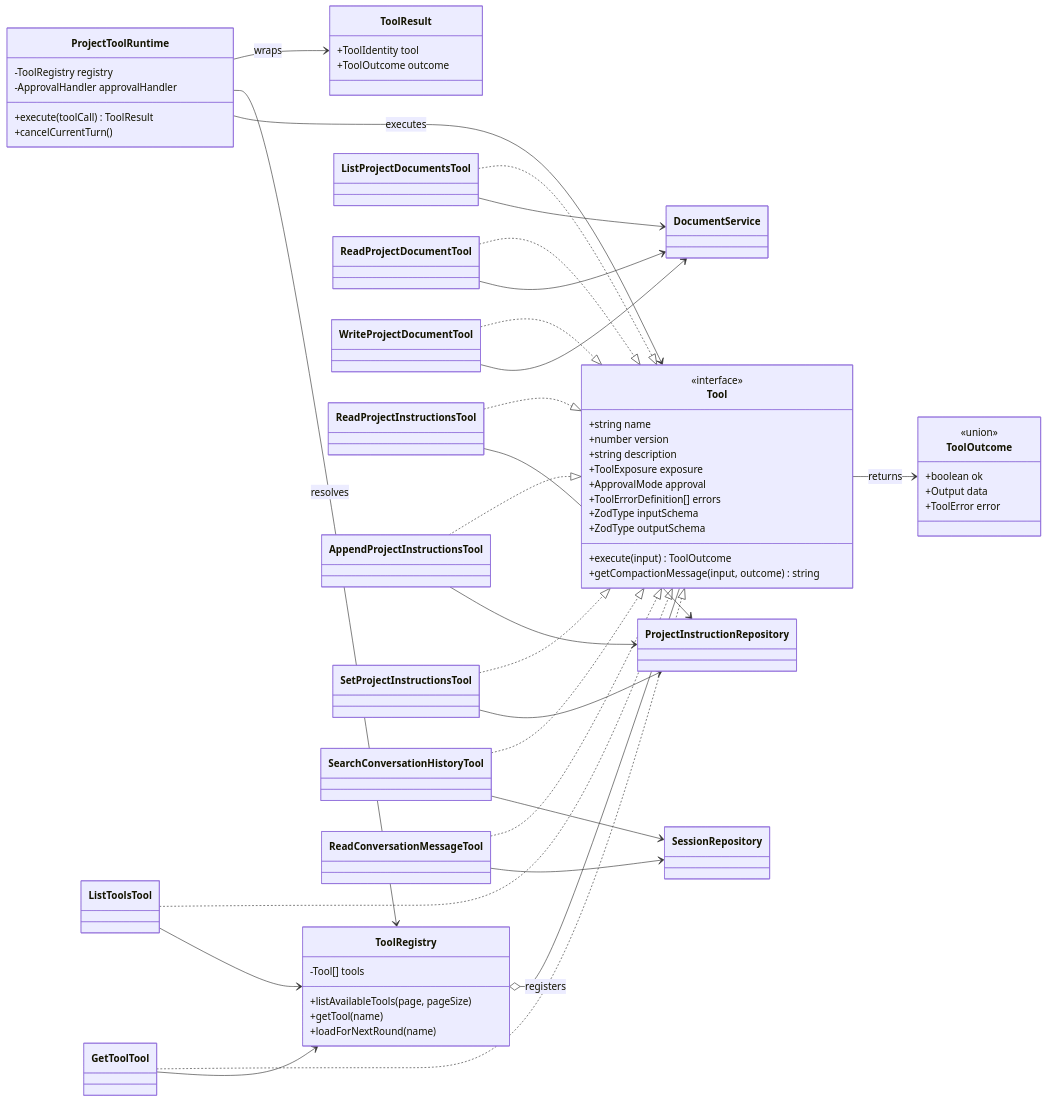
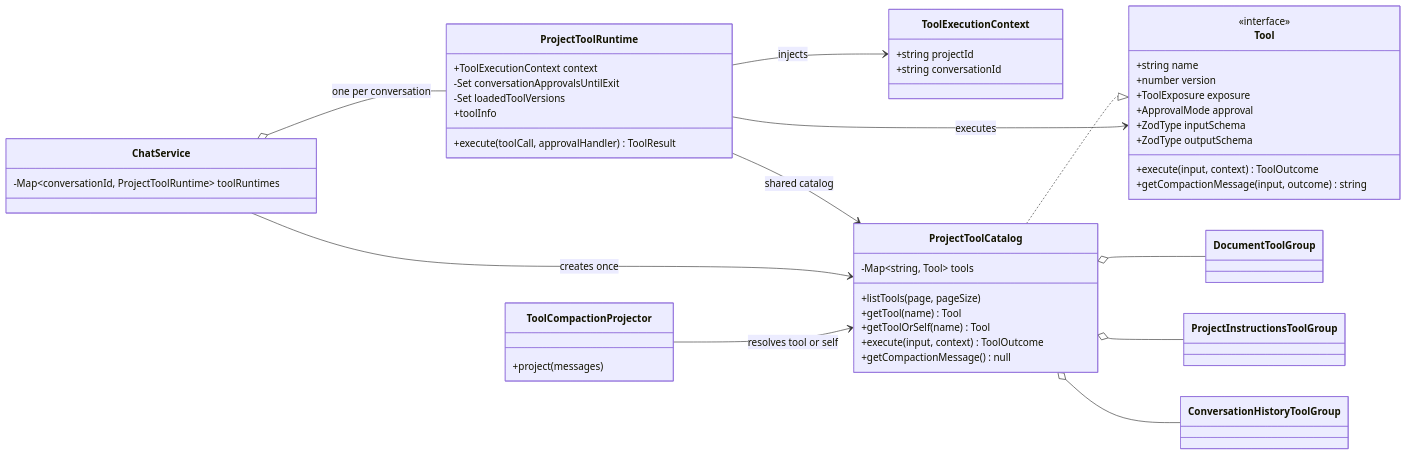
One commit to Mengman/CleoDoc changed the diagram in docs/TOOL_CALL_DESIGN.md. Above: the diagram before and after it, drawn with Mermaid. The commit also changed other lines of this file and 3 other files, not shown here.

Commit message:
docs: design project tool catalog runtime

````diff
--- a/docs/TOOL_CALL_DESIGN.md
+++ b/docs/TOOL_CALL_DESIGN.md
@@ -681,85 +943,56 @@
         <<interface>>
         +string name
         +number version
-        +string description
         +ToolExposure exposure
         +ApprovalMode approval
-        +ToolErrorDefinition[] errors
         +ZodType inputSchema
         +ZodType outputSchema
-        +execute(input) ToolOutcome
+        +execute(input, context) ToolOutcome
         +getCompactionMessage(input, outcome) string
     }
 
-    class ToolOutcome {
-        <<union>>
-        +boolean ok
-        +Output data
-        +ToolError error
+    class ToolExecutionContext {
+        +string projectId
+        +string conversationId
     }
 
-    class ToolResult {
-        +ToolIdentity tool
-        +ToolOutcome outcome
+    class ProjectToolCatalog {
+        -Map~string, Tool~ tools
+        +listTools(page, pageSize)
+        +getTool(name) Tool
+        +getToolOrSelf(name) Tool
+        +execute(input, context) ToolOutcome
+        +getCompactionMessage() null
     }
 
     class ProjectToolRuntime {
-        -ToolRegistry registry
-        -ApprovalHandler approvalHandler
-        +execute(toolCall) ToolResult
-        +cancelCurrentTurn()
+        +ToolExecutionContext context
+        -Set conversationApprovalsUntilExit
+        -Set loadedToolVersions
+        +toolInfo
+        +execute(toolCall, approvalHandler) ToolResult
     }
 
-    class ToolRegistry {
-        -Tool[] tools
-        +listAvailableTools(page, pageSize)
-        +getTool(name)
-        +loadForNextRound(name)
+    class ChatService {
+        -Map~conversationId, ProjectToolRuntime~ toolRuntimes
     }
 
-    class DocumentService
-    class ProjectInstructionRepository
-    class SessionRepository
+    class ToolCompactionProjector {
+        +project(messages)
+    }
 
-    class ListProjectDocumentsTool
-    class ReadProjectDocumentTool
-    class WriteProjectDocumentTool
-    class ReadProjectInstructionsTool
-    class AppendProjectInstructionsTool
-    class SetProjectInstructionsTool
-    class SearchConversationHistoryTool
-    class ReadConversationMessageTool
-    class ListToolsTool
-    class GetToolTool
+    class DocumentToolGroup
+    class ProjectInstructionsToolGroup
+    class ConversationHistoryToolGroup
 
-    Tool --> ToolOutcome : returns
-    ProjectToolRuntime --> ToolResult : wraps
-    ToolRegistry o-- Tool : registers
-    ProjectToolRuntime --> ToolRegistry : resolves
+    ProjectToolCatalog ..|> Tool
+    ProjectToolCatalog o-- DocumentToolGroup
+    ProjectToolCatalog o-- ProjectInstructionsToolGroup
+    ProjectToolCatalog o-- ConversationHistoryToolGroup
+    ProjectToolRuntime --> ProjectToolCatalog : shared catalog
+    ProjectToolRuntime --> ToolExecutionContext : injects
     ProjectToolRuntime --> Tool : executes
-
-    ListProjectDocumentsTool ..|> Tool
-    ReadProjectDocumentTool ..|> Tool
-    WriteProjectDocumentTool ..|> Tool
-    ReadProjectInstructionsTool ..|> Tool
-    AppendProjectInstructionsTool ..|> Tool
-    SetProjectInstructionsTool ..|> Tool
-    SearchConversationHistoryTool ..|> Tool
-    ReadConversationMessageTool ..|> Tool
-    ListToolsTool ..|> Tool
-    GetToolTool ..|> Tool
-
-    ListProjectDocumentsTool --> DocumentService
-    ReadProjectDocumentTool --> DocumentService
-    WriteProjectDocumentTool --> DocumentService
-
-    ReadProjectInstructionsTool --> ProjectInstructionRepository
-    AppendProjectInstructionsTool --> ProjectInstructionRepository
-    SetProjectInstructionsTool --> ProjectInstructionRepository
-
-    SearchConversationHistoryTool --> SessionRepository
-    ReadConversationMessageTool --> SessionRepository
-
-    ListToolsTool --> ToolRegistry
-    GetToolTool --> ToolRegistry
+    ChatService o-- ProjectToolRuntime : one per conversation
+    ChatService --> ProjectToolCatalog : creates once
+    ToolCompactionProjector --> ProjectToolCatalog : resolves tool or self
 ```
````
